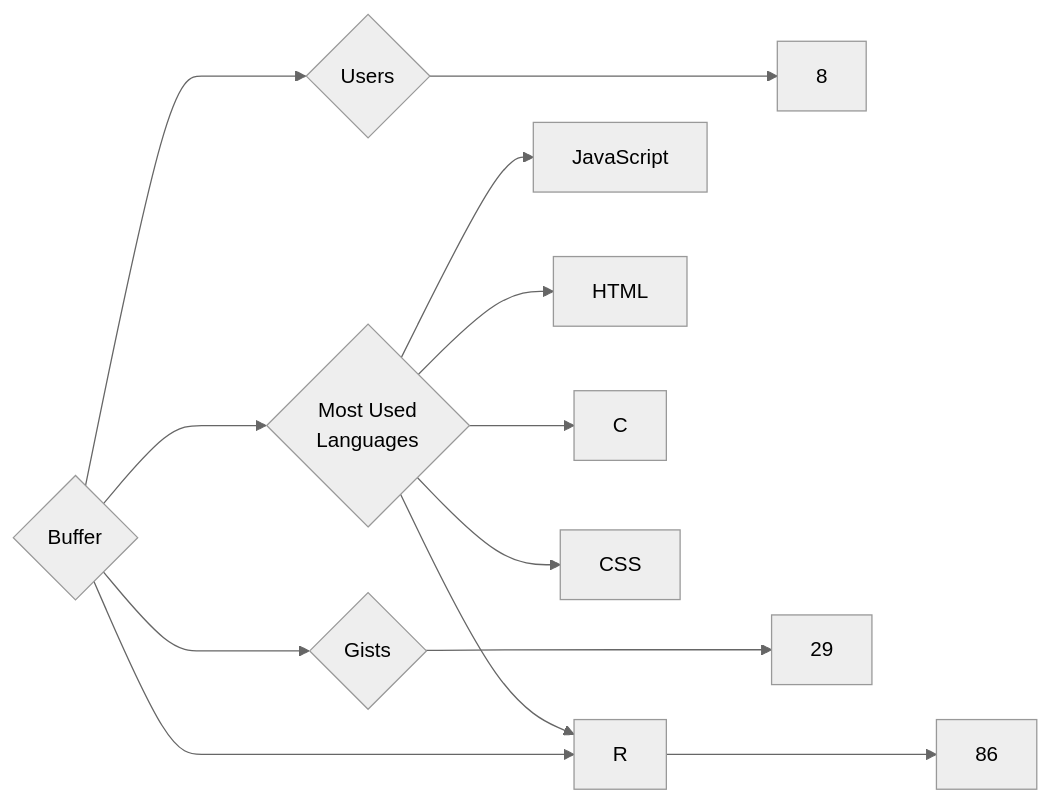
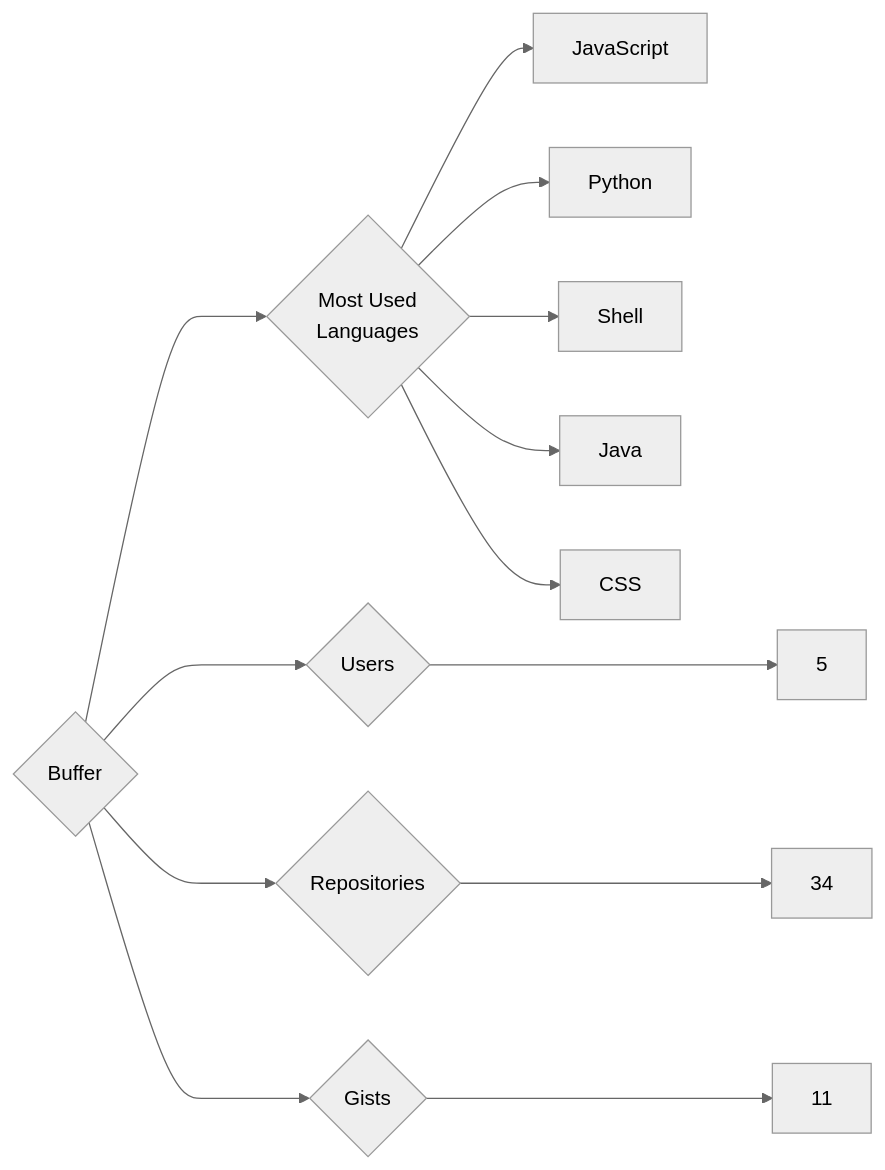
One commit to trickest/insiders changed the diagram in targets/Buffer/README.md. Above: the diagram before and after it, drawn with Mermaid (neutral theme). The commit also changed 861 other files, not shown here.

````diff
--- a/targets/Buffer/README.md
+++ b/targets/Buffer/README.md
@@ -3,13 +3,13 @@
 ```mermaid
 graph LR
 COMPANY_NAME{Buffer}
-COMPANY_NAME ---> U{Users} ---> UN[8]
-COMPANY_NAME ---> R{Repositories} ---> RN[86]
-COMPANY_NAME ---> G{Gists} ---> GN[29]
+COMPANY_NAME ---> U{Users} ---> UN[5]
+COMPANY_NAME ---> R{Repositories} ---> RN[34]
+COMPANY_NAME ---> G{Gists} ---> GN[11]
 COMPANY_NAME ---> ML{Most Used<br>Languages}
 ML --> JavaScript[JavaScript]
-ML --> HTML[HTML]
-ML --> R[R]
-ML --> C[C]
+ML --> Python[Python]
+ML --> Shell[Shell]
+ML --> Java[Java]
 ML --> CSS[CSS]
 ```
````
